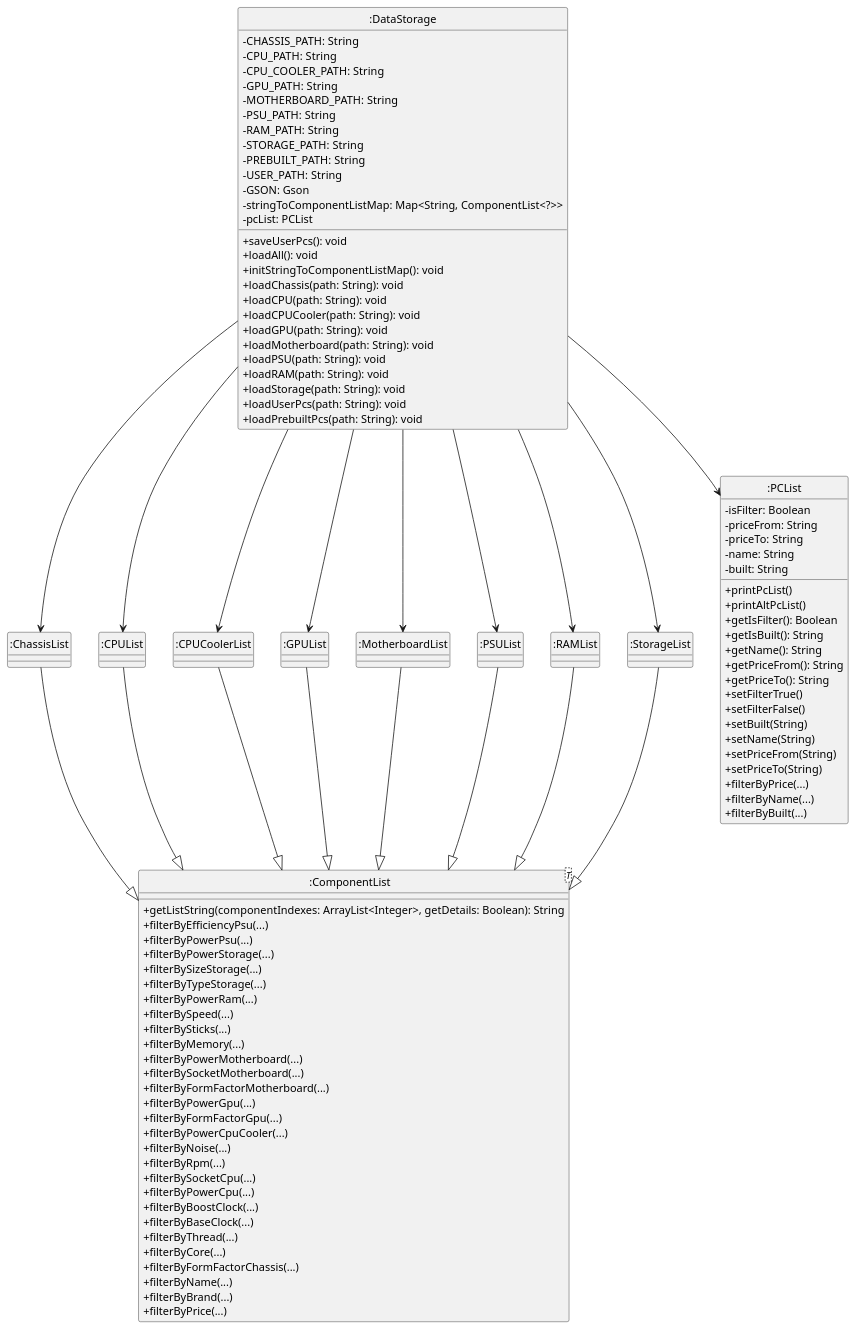
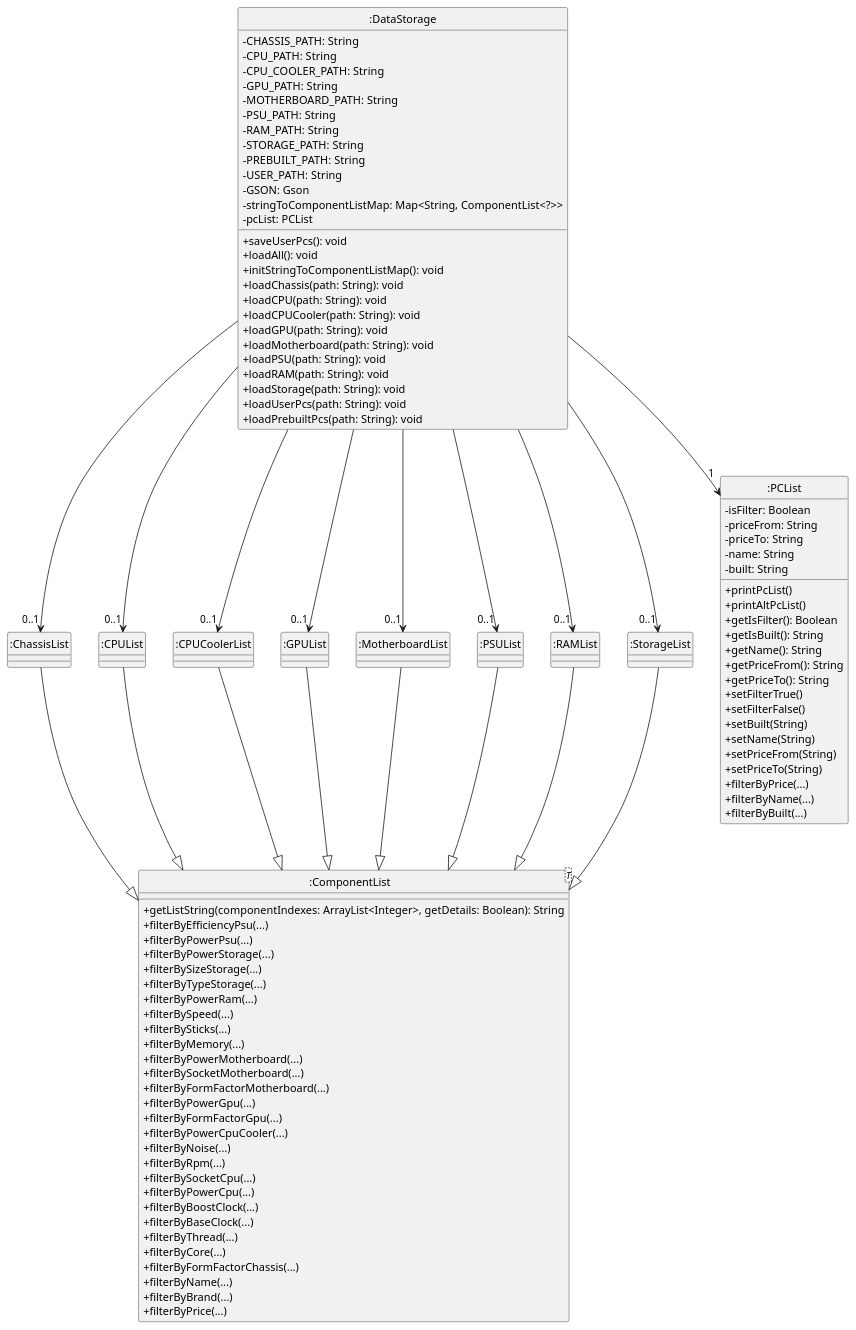
Before and after one commit to typingpanda/tp: the diagram in docs/uml-source/DataStorageClass.puml, drawn with PlantUML. The commit also changed 2 other files, not shown here.

Commit message:
Update DataStorage class diagram

```diff
--- a/docs/uml-source/DataStorageClass.puml
+++ b/docs/uml-source/DataStorageClass.puml
@@ -1,128 +1,128 @@
 @startuml
 skinparam classAttributeIconSize 0
 
 class ":ComponentList" as ComponentList
 class ":ChassisList" as ChassisList
 class ":CPUList" as CPUList
 class ":CPUCoolerList" as CPUCoolerList
 class ":GPUList" as GPUList
 class ":MotherboardList" as MotherboardList
 class ":PSUList" as PSUList
 class ":RAMList" as RAMList
 class ":StorageList" as StorageList
 class ":PCList" as PCList
 class ":DataStorage" as DataStorage
 
 class ComponentList<T> {
     +getListString(componentIndexes: ArrayList<Integer>, getDetails: Boolean): String
     +filterByEfficiencyPsu(...)
     +filterByPowerPsu(...)
     +filterByPowerStorage(...)
     +filterBySizeStorage(...)
     +filterByTypeStorage(...)
     +filterByPowerRam(...)
     +filterBySpeed(...)
     +filterBySticks(...)
     +filterByMemory(...)
     +filterByPowerMotherboard(...)
     +filterBySocketMotherboard(...)
     +filterByFormFactorMotherboard(...)
     +filterByPowerGpu(...)
     +filterByFormFactorGpu(...)
     +filterByPowerCpuCooler(...)
     +filterByNoise(...)
     + filterByRpm(...)               
     + filterBySocketCpu(...)             
     + filterByPowerCpu(...)          
     + filterByBoostClock(...)    
     + filterByBaseClock(...)    
     + filterByThread(...)                  
     + filterByCore(...)                     
     + filterByFormFactorChassis(...) 
     + filterByName(...)                  
     + filterByBrand(...)                 
     + filterByPrice(...)
 }
 
 ChassisList --|> ComponentList
 CPUList --|> ComponentList
 CPUCoolerList --|> ComponentList
 GPUList --|> ComponentList
 MotherboardList --|> ComponentList
 PSUList --|> ComponentList
 RAMList --|> ComponentList
 StorageList --|> ComponentList
 
 
 class PCList {
     -isFilter: Boolean
     -priceFrom: String
     -priceTo: String
     -name: String
     -built: String
     +printPcList()
     +printAltPcList()
     +getIsFilter(): Boolean
     +getIsBuilt(): String
     +getName(): String
     +getPriceFrom(): String
     +getPriceTo(): String
     +setFilterTrue()
     +setFilterFalse()
     +setBuilt(String)
     +setName(String)
     +setPriceFrom(String)
     +setPriceTo(String)
     +filterByPrice(...)
     +filterByName(...)
     +filterByBuilt(...)
 }
 
 
               
              
 
 
 class DataStorage {
     - CHASSIS_PATH: String
     - CPU_PATH: String
     - CPU_COOLER_PATH: String
     - GPU_PATH: String
     - MOTHERBOARD_PATH: String
     - PSU_PATH: String
     - RAM_PATH: String
     - STORAGE_PATH: String
     - PREBUILT_PATH: String
     - USER_PATH: String
     - GSON: Gson
     - stringToComponentListMap: Map<String, ComponentList<?>>
     - pcList: PCList
     + saveUserPcs(): void
     + loadAll(): void
     + initStringToComponentListMap(): void
     + loadChassis(path: String): void
     + loadCPU(path: String): void
     + loadCPUCooler(path: String): void
     + loadGPU(path: String): void
     + loadMotherboard(path: String): void
     + loadPSU(path: String): void
     + loadRAM(path: String): void
     + loadStorage(path: String): void
     + loadUserPcs(path: String): void
     + loadPrebuiltPcs(path: String): void
 }
 
 
-DataStorage --> ChassisList
-DataStorage --> CPUList
-DataStorage --> CPUCoolerList
-DataStorage --> GPUList
-DataStorage --> MotherboardList
-DataStorage --> PSUList
-DataStorage --> RAMList
-DataStorage --> StorageList
-DataStorage --> PCList
+DataStorage --> "0..1" ChassisList
+DataStorage --> "0..1" CPUList
+DataStorage --> "0..1" CPUCoolerList
+DataStorage --> "0..1" GPUList
+DataStorage --> "0..1" MotherboardList
+DataStorage --> "0..1" PSUList
+DataStorage --> "0..1" RAMList
+DataStorage --> "0..1" StorageList
+DataStorage --> "1" PCList
 
 hide class circle
 
 @enduml
```
